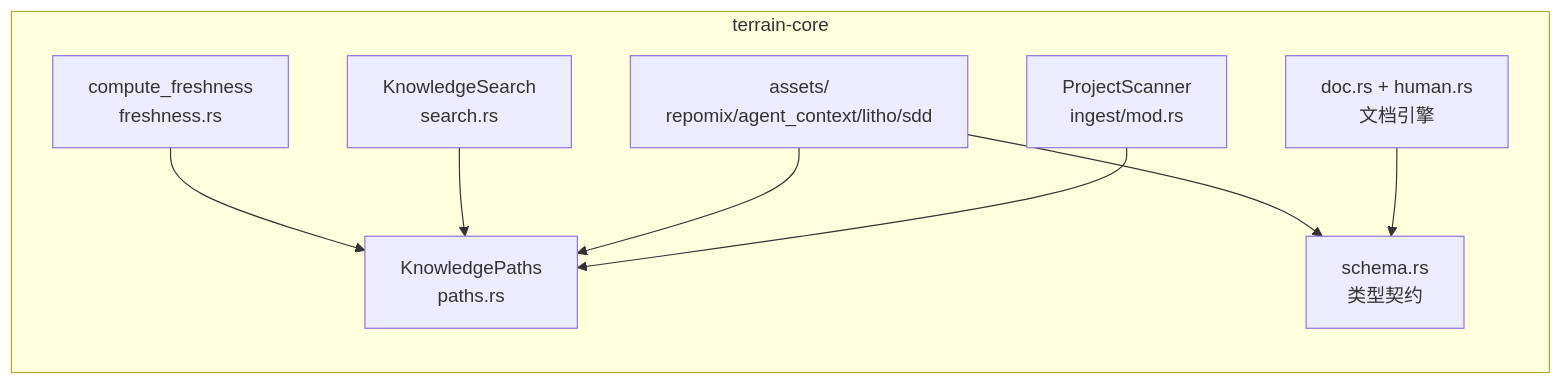
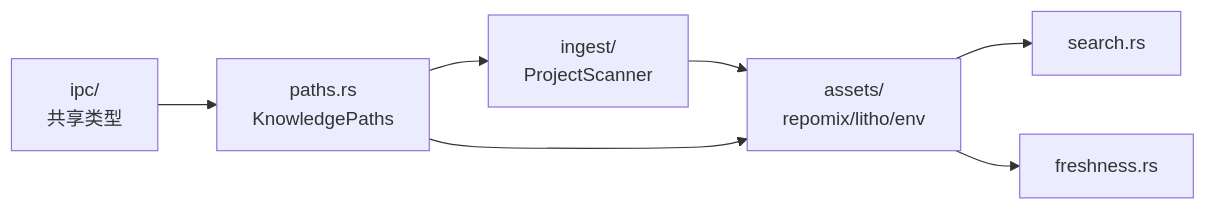
Before and after one commit to sopaco/terrain: the fourth of 6 diagrams in .terrain/human/2.架构.md, drawn with Mermaid. The commit also changed other lines of this file and 79 other files, not shown here.

````diff
--- a/.terrain/human/2.架构.md
+++ b/.terrain/human/2.架构.md
@@ -204,19 +143,9 @@
 ```mermaid
 graph LR
-    subgraph coreInfra["terrain-core"]
-        Paths["KnowledgePaths<br/>paths.rs"]
-        Ingest["ProjectScanner<br/>ingest/mod.rs"]
-        Assets["assets/<br/>repomix/agent_context/litho/sdd"]
-        Search["KnowledgeSearch<br/>search.rs"]
-        Fresh["compute_freshness<br/>freshness.rs"]
-        Schema["schema.rs<br/>类型契约"]
-        Doc["doc.rs + human.rs<br/>文档引擎"]
-    end
-
-    Ingest --> Paths
-    Assets --> Paths
-    Search --> Paths
-    Fresh --> Paths
-    Doc --> Schema
-    Assets --> Schema
+    Ingest["ingest/<br/>ProjectScanner"] --> Assets["assets/<br/>repomix/litho/env"]
+    Assets --> Search["search.rs"]
+    Assets --> Fresh["freshness.rs"]
+    Paths["paths.rs<br/>KnowledgePaths"] --> Ingest
+    Paths --> Assets
+    Ipc["ipc/<br/>共享类型"] --> Paths
 ```
````
